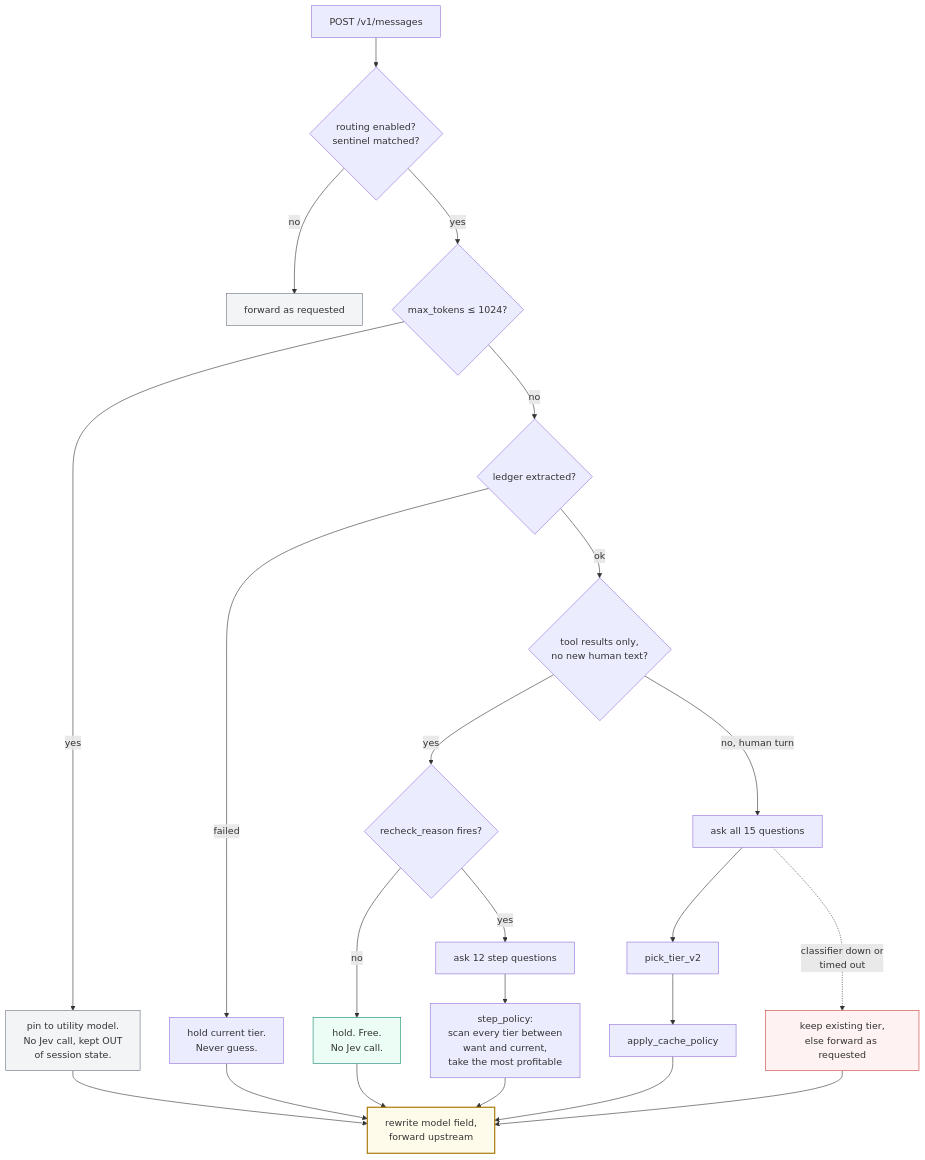
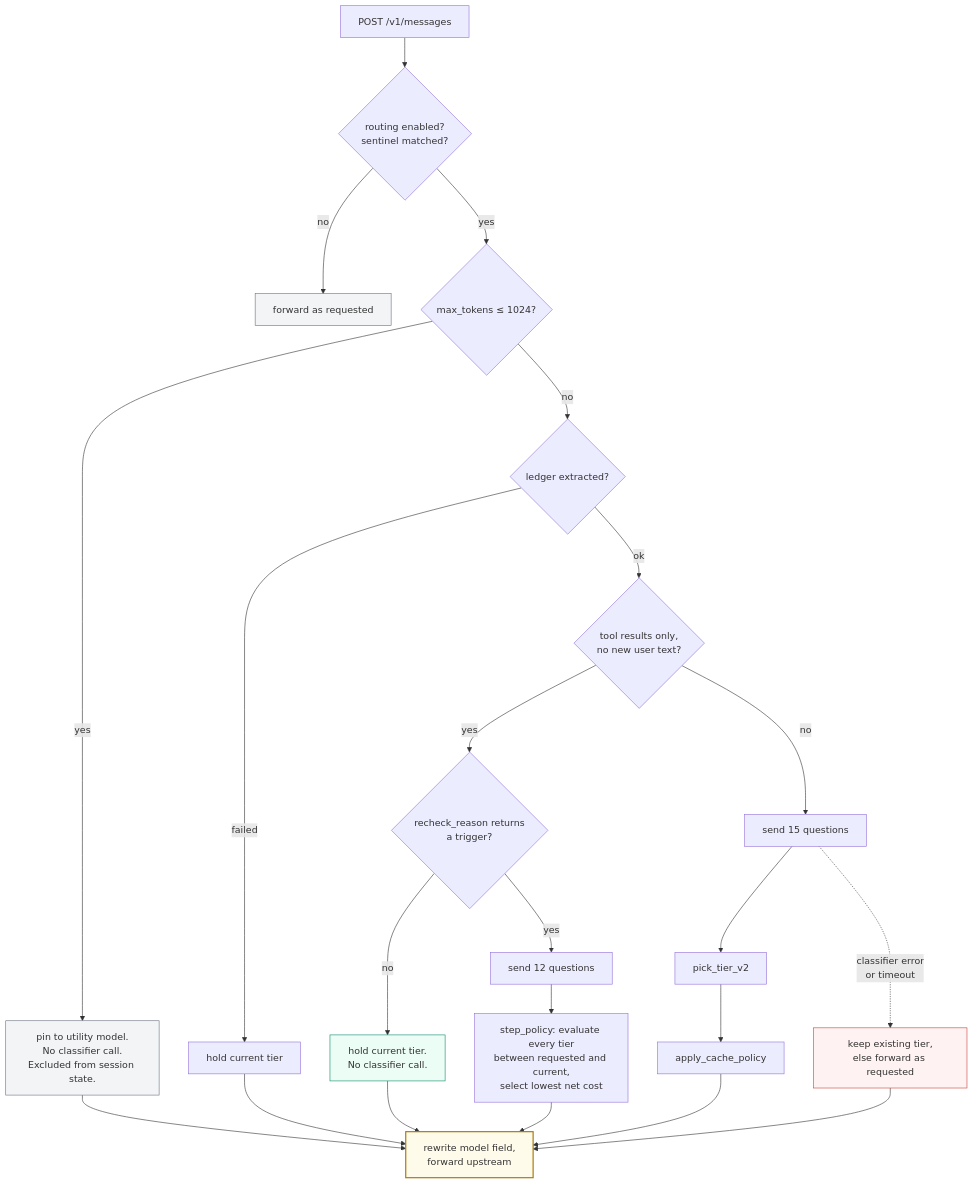
Before and after one commit to tgiridhar/claude-code-jev-smart-router: the third of 4 diagrams in docs/ARCHITECTURE.md, drawn with Mermaid. The commit also changed other lines of this file and 6 other files, not shown here.

````diff
--- a/docs/ARCHITECTURE.md
+++ b/docs/ARCHITECTURE.md
@@ -104,34 +103,34 @@
 ```mermaid
 flowchart TD
     in["POST /v1/messages"] --> off{"routing enabled?<br/>sentinel matched?"}
     off -->|no| pass["forward as requested"]
     off -->|yes| util{"max_tokens &le; 1024?"}
-    util -->|yes| pin["pin to utility model.<br/>No Jev call, kept OUT<br/>of session state."]
+    util -->|yes| pin["pin to utility model.<br/>No classifier call.<br/>Excluded from session state."]
     util -->|no| led{"ledger extracted?"}
-    led -->|failed| hold1["hold current tier.<br/>Never guess."]
-    led -->|ok| cont{"tool results only,<br/>no new human text?"}
+    led -->|failed| hold1["hold current tier"]
+    led -->|ok| cont{"tool results only,<br/>no new user text?"}
 
-    cont -->|yes| rc{"recheck_reason fires?"}
-    rc -->|no| hold2["hold. Free.<br/>No Jev call."]
-    rc -->|yes| stepq["ask 12 step questions"]
-    stepq --> sp["step_policy:<br/>scan every tier between<br/>want and current,<br/>take the most profitable"]
+    cont -->|yes| rc{"recheck_reason returns<br/>a trigger?"}
+    rc -->|no| hold2["hold current tier.<br/>No classifier call."]
+    rc -->|yes| stepq["send 12 questions"]
+    stepq --> sp["step_policy: evaluate every tier<br/>between requested and current,<br/>select lowest net cost"]
 
-    cont -->|no, human turn| humanq["ask all 15 questions"]
+    cont -->|no| humanq["send 15 questions"]
     humanq --> pt["pick_tier_v2"]
     pt --> acp["apply_cache_policy"]
 
-    humanq -.->|classifier down or<br/>timed out| keep["keep existing tier,<br/>else forward as requested"]
+    humanq -.->|"classifier error<br/>or timeout"| keep["keep existing tier,<br/>else forward as requested"]
 
     sp --> out["rewrite model field,<br/>forward upstream"]
     acp --> out
     pin --> out
     hold1 --> out
     hold2 --> out
     keep --> out
 
     style pass fill:#f3f4f6,stroke:#6b7280
     style pin fill:#f3f4f6,stroke:#6b7280
     style hold2 fill:#ecfdf5,stroke:#0c8a6c
     style out fill:#fffbeb,stroke:#a87b0b,stroke-width:2px
     style keep fill:#fef2f2,stroke:#cb4136
 ```
````
